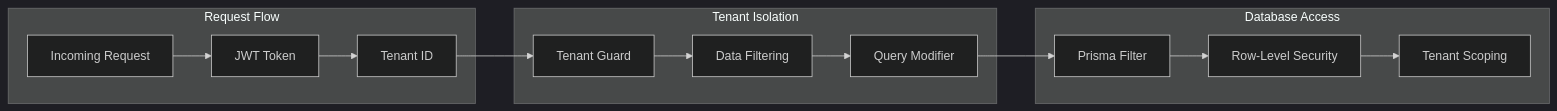
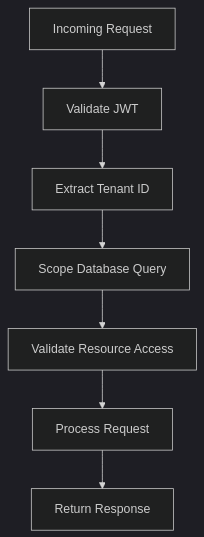
Diagram 13 of 14 in docs/ARCHITECTURE.md (abdoElHodaky/sasscolmng), drawn with Mermaid (dark theme) before and after one commit. The commit also changed other lines of this file and 18 other files, not shown here.

````diff
--- a/docs/ARCHITECTURE.md
+++ b/docs/ARCHITECTURE.md
@@ -663,31 +642,9 @@
 ```mermaid
-graph LR
-    subgraph "Request Flow"
-        REQUEST[Incoming Request]
-        JWT_TOKEN[JWT Token]
-        TENANT_ID[Tenant ID]
-    end
-    
-    subgraph "Tenant Isolation"
-        TENANT_GUARD[Tenant Guard]
-        DATA_FILTER[Data Filtering]
-        QUERY_MODIFIER[Query Modifier]
-    end
-    
-    subgraph "Database Access"
-        PRISMA_FILTER[Prisma Filter]
-        ROW_LEVEL[Row-Level Security]
-        TENANT_SCOPE[Tenant Scoping]
-    end
-    
-    REQUEST --> JWT_TOKEN
-    JWT_TOKEN --> TENANT_ID
-    TENANT_ID --> TENANT_GUARD
-    
-    TENANT_GUARD --> DATA_FILTER
-    DATA_FILTER --> QUERY_MODIFIER
-    QUERY_MODIFIER --> PRISMA_FILTER
-    
-    PRISMA_FILTER --> ROW_LEVEL
-    ROW_LEVEL --> TENANT_SCOPE
+graph TB
+    REQUEST[Incoming Request] --> JWT_VALIDATE[Validate JWT]
+    JWT_VALIDATE --> EXTRACT_TENANT[Extract Tenant ID]
+    EXTRACT_TENANT --> SCOPE_QUERY[Scope Database Query]
+    SCOPE_QUERY --> VALIDATE_ACCESS[Validate Resource Access]
+    VALIDATE_ACCESS --> PROCESS[Process Request]
+    PROCESS --> RESPONSE[Return Response]
 ```
````
